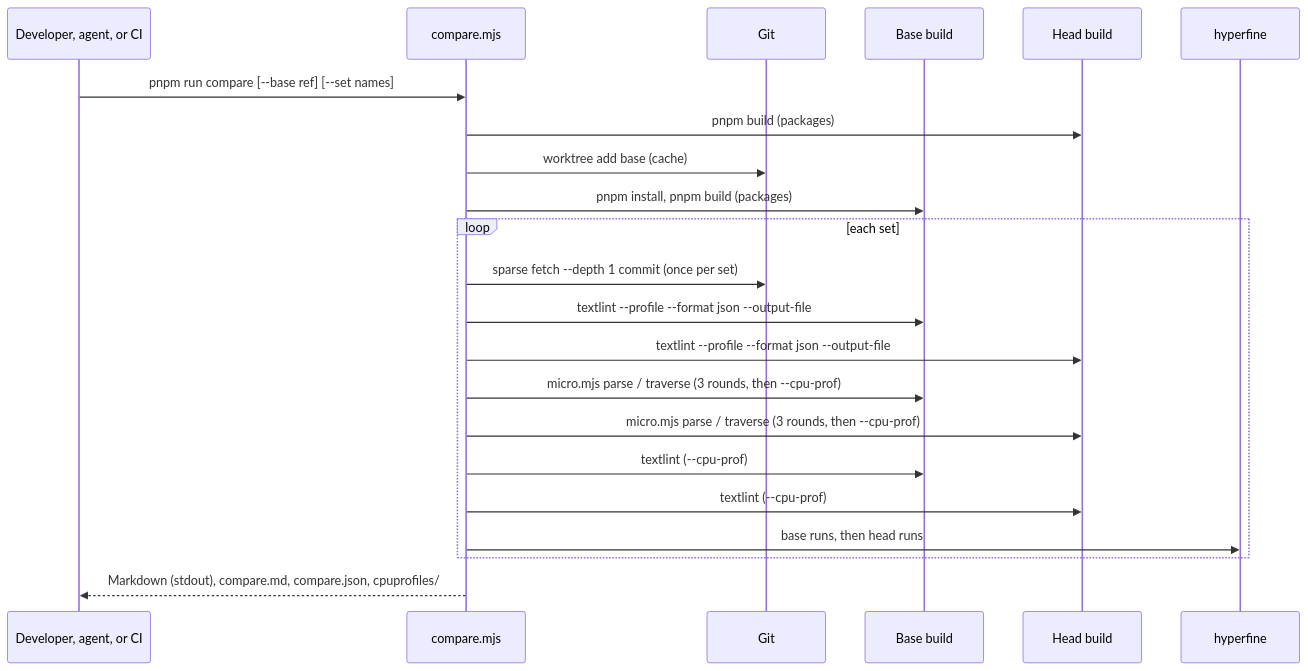
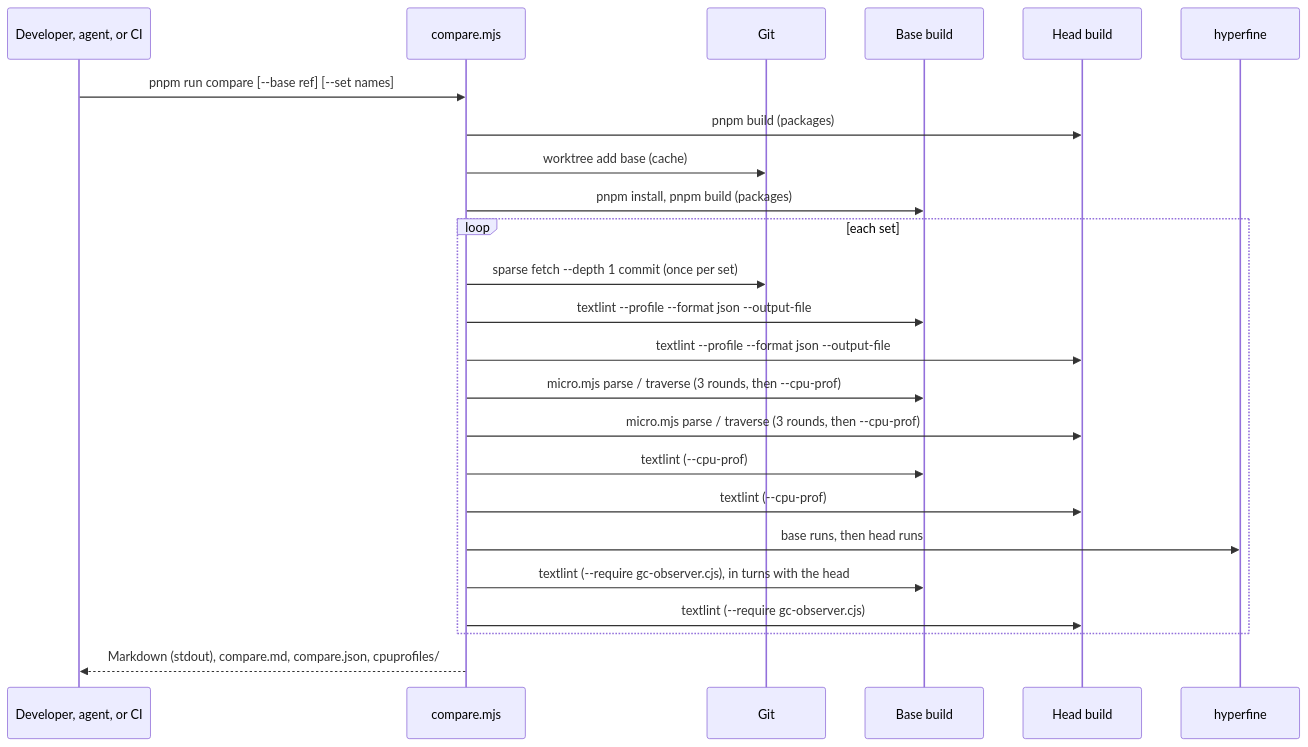
The diagram in docs/products/textlint/features/change-comparison/design.md (textlint/textlint), drawn with Mermaid before and after one commit. The commit also changed other lines of this file and 10 other files, not shown here.

````diff
--- a/docs/products/textlint/features/change-comparison/design.md
+++ b/docs/products/textlint/features/change-comparison/design.md
@@ -55,24 +57,26 @@
 ```mermaid
 sequenceDiagram
     participant Dev as Developer, agent, or CI
     participant Script as compare.mjs
     participant Git
     participant Base as Base build
     participant Head as Head build
     participant HF as hyperfine
     Dev->>Script: pnpm run compare [--base ref] [--set names]
     Script->>Head: pnpm build (packages)
     Script->>Git: worktree add base (cache)
     Script->>Base: pnpm install, pnpm build (packages)
     loop each set
         Script->>Git: sparse fetch --depth 1 commit (once per set)
         Script->>Base: textlint --profile --format json --output-file
         Script->>Head: textlint --profile --format json --output-file
         Script->>Base: micro.mjs parse / traverse (3 rounds, then --cpu-prof)
         Script->>Head: micro.mjs parse / traverse (3 rounds, then --cpu-prof)
         Script->>Base: textlint (--cpu-prof)
         Script->>Head: textlint (--cpu-prof)
         Script->>HF: base runs, then head runs
+        Script->>Base: textlint (--require gc-observer.cjs), in turns with the head
+        Script->>Head: textlint (--require gc-observer.cjs)
     end
     Script-->>Dev: Markdown (stdout), compare.md, compare.json, cpuprofiles/
 ```
````
